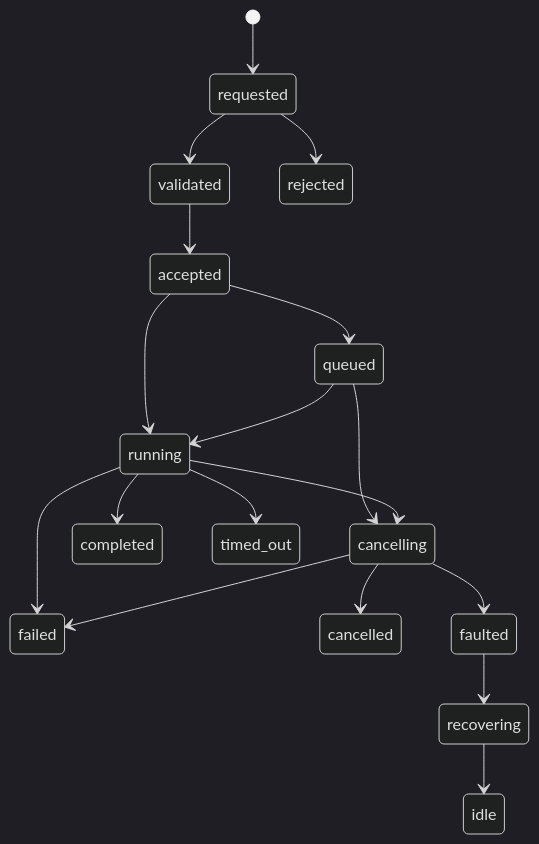
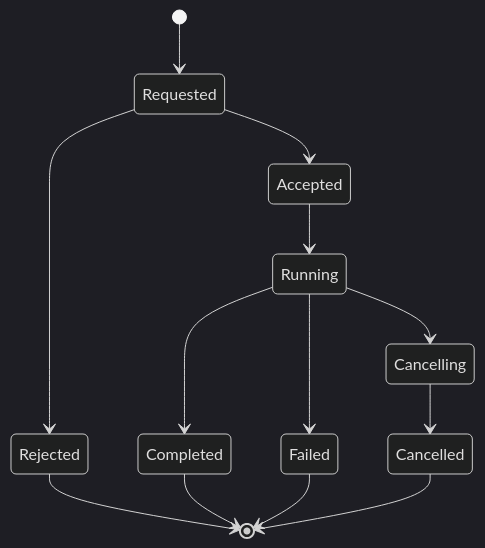
The second of 2 diagrams in docs/ics_cmd_ctrl.md (CaltechOpticalObservatories/coo-software-architecture), drawn with Mermaid (dark theme) before and after one commit. The commit also changed other lines of this file, not shown here.

````diff
--- a/docs/ics_cmd_ctrl.md
+++ b/docs/ics_cmd_ctrl.md
@@ -322,20 +283,15 @@
 ```mermaid
 stateDiagram-v2
-    [*] --> requested
-    requested --> validated
-    requested --> rejected
-    validated --> accepted
-    accepted --> queued
-    accepted --> running
-    queued --> running
-    queued --> cancelling
-    running --> completed
-    running --> failed
-    running --> timed_out
-    running --> cancelling
-    cancelling --> cancelled
-    cancelling --> failed
-    cancelling --> faulted
-    faulted --> recovering
-    recovering --> idle
+    [*] --> Requested
+    Requested --> Rejected
+    Requested --> Accepted
+    Accepted --> Running
+    Running --> Completed
+    Running --> Failed
+    Running --> Cancelling
+    Cancelling --> Cancelled
+    Failed --> [*]
+    Completed --> [*]
+    Rejected --> [*]
+    Cancelled --> [*]
 ```
````
